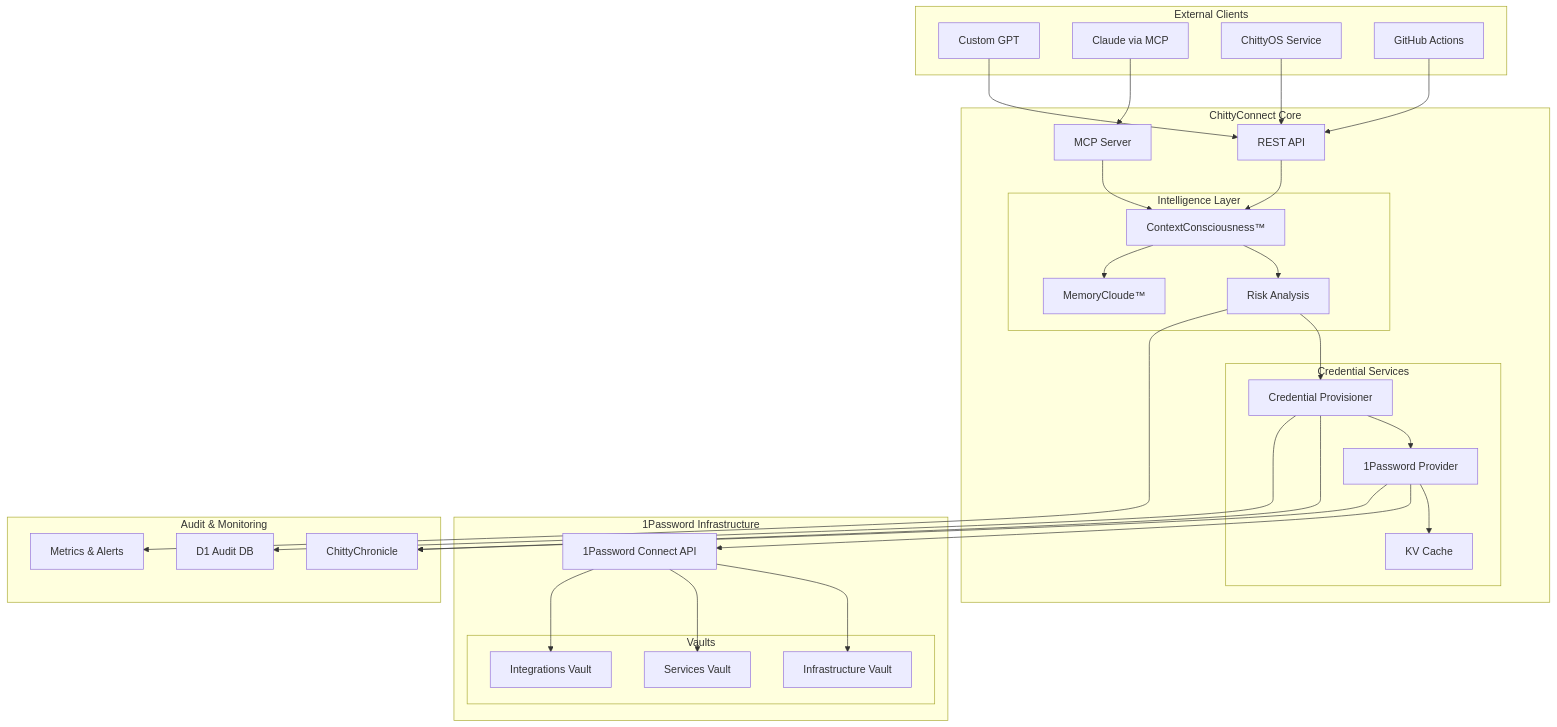
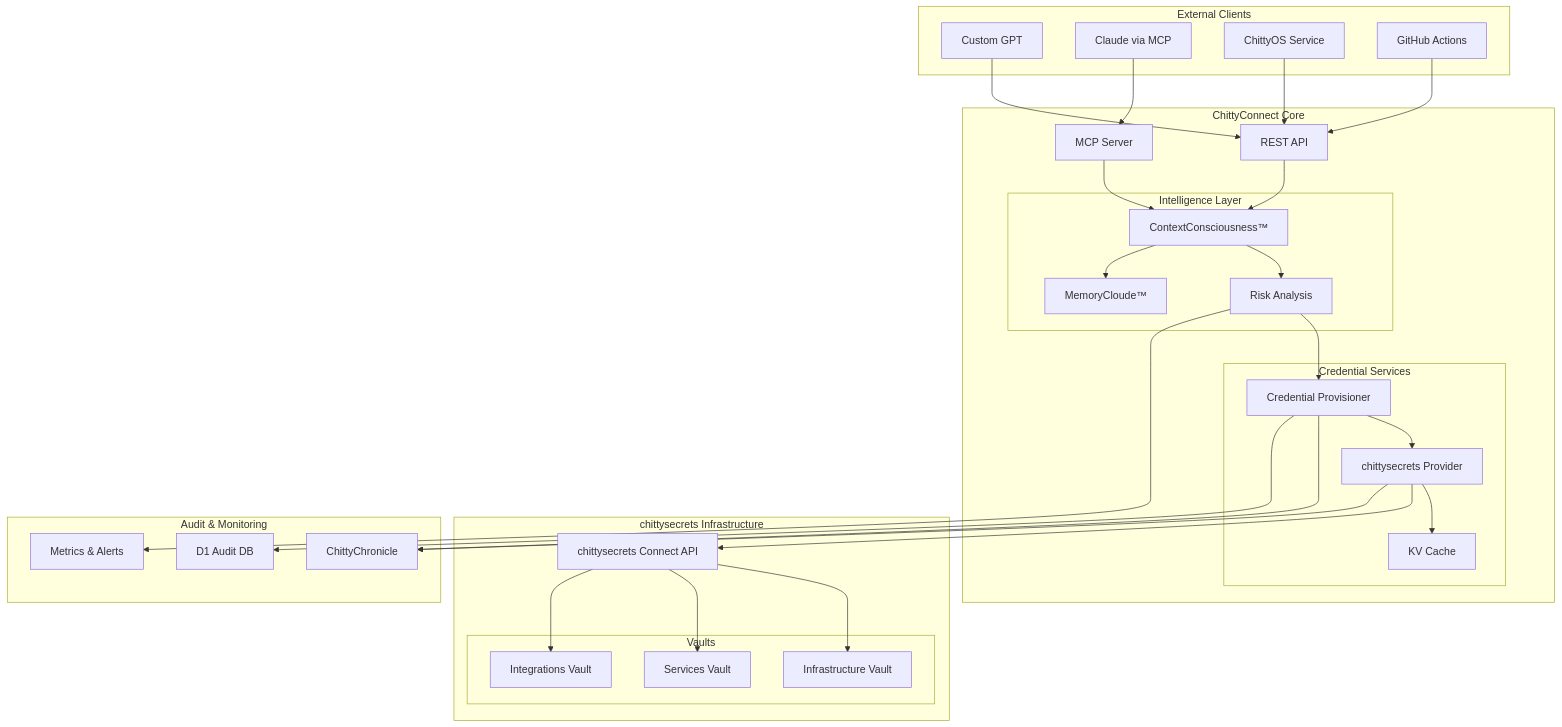
Before and after one commit to chittyos/chittyconnect: the diagram in ONEPASSWORD_INTEGRATION.md, drawn with Mermaid. The commit also changed other lines of this file and 107 other files, not shown here.

````diff
--- a/ONEPASSWORD_INTEGRATION.md
+++ b/ONEPASSWORD_INTEGRATION.md
@@ -9,71 +9,71 @@
 ```mermaid
 graph TB
     subgraph "External Clients"
         GPT[Custom GPT]
         Claude[Claude via MCP]
         Service[ChittyOS Service]
         GitHub[GitHub Actions]
     end
 
     subgraph "ChittyConnect Core"
         API[REST API]
         MCP[MCP Server]
 
         subgraph "Intelligence Layer"
             CC[ContextConsciousness™]
             MC[MemoryCloude™]
             Analysis[Risk Analysis]
         end
 
         subgraph "Credential Services"
             CP[Credential Provisioner]
-            OP[1Password Provider]
+            OP[chittysecrets Provider]
             Cache[KV Cache]
         end
     end
 
-    subgraph "1Password Infrastructure"
-        Connect[1Password Connect API]
+    subgraph "chittysecrets Infrastructure"
+        Connect[chittysecrets Connect API]
 
         subgraph "Vaults"
             Infra[Infrastructure Vault]
             Services[Services Vault]
             Integration[Integrations Vault]
         end
     end
 
     subgraph "Audit & Monitoring"
         Chronicle[ChittyChronicle]
         D1[D1 Audit DB]
         Metrics[Metrics & Alerts]
     end
 
     %% Client connections
     GPT --> API
     Claude --> MCP
     Service --> API
     GitHub --> API
 
     %% API flow
     API --> CC
     MCP --> CC
 
     %% Intelligence flow
     CC --> Analysis
     CC --> MC
     Analysis --> CP
 
     %% Credential flow
     CP --> OP
     OP --> Cache
     OP --> Connect
     Connect --> Infra
     Connect --> Services
     Connect --> Integration
 
     %% Audit flow
     CP --> Chronicle
     CP --> D1
     OP --> Chronicle
     Analysis --> Metrics
 ```
````
